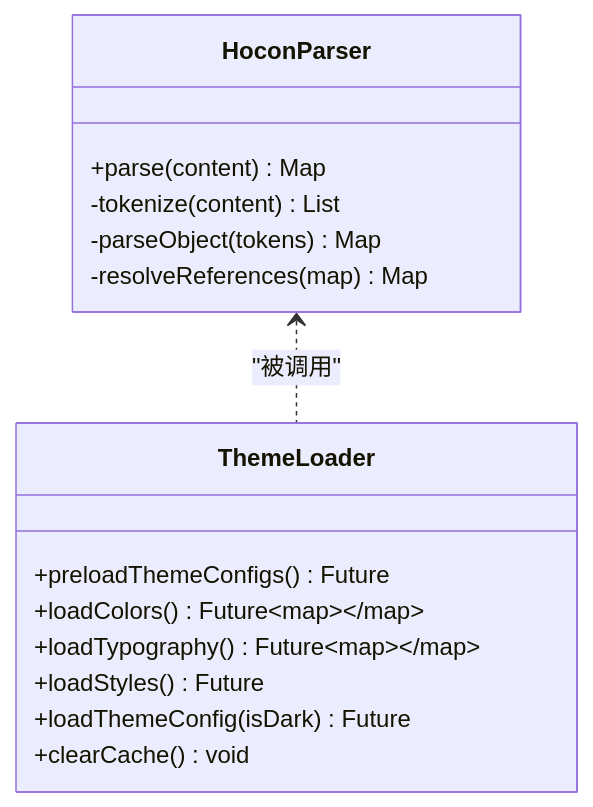
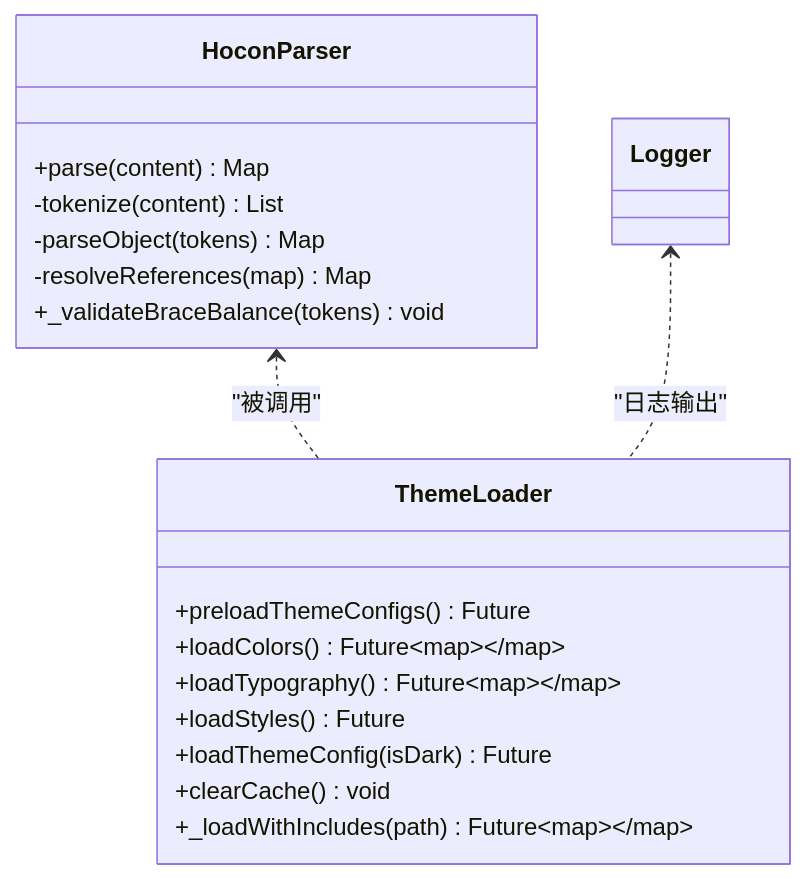
The seventh of 8 diagrams in .qoder/repowiki/zh/content/UI 组件架构/主题系统.md (ZTfer/Tinycast), drawn with Mermaid before and after one commit. The commit also changed other lines of this file and 4 other files, not shown here.

````diff
--- a/.qoder/repowiki/zh/content/UI 组件架构/主题系统.md
+++ b/.qoder/repowiki/zh/content/UI 组件架构/主题系统.md
@@ -274,18 +314,21 @@
 ```mermaid
 classDiagram
 class HoconParser {
 +parse(content) Map
 -tokenize(content) List<Token>
 -parseObject(tokens) Map
 -resolveReferences(map) Map
++_validateBraceBalance(tokens) void
 }
 class ThemeLoader {
 +preloadThemeConfigs() Future<void>
 +loadColors() Future<Map>
 +loadTypography() Future<Map>
 +loadStyles() Future<Map?>
 +loadThemeConfig(isDark) Future<AppThemeConfig>
 +clearCache() void
++_loadWithIncludes(path) Future<Map>
 }
 HoconParser <.. ThemeLoader : "被调用"
+Logger <.. ThemeLoader : "日志输出"
 ```
````
